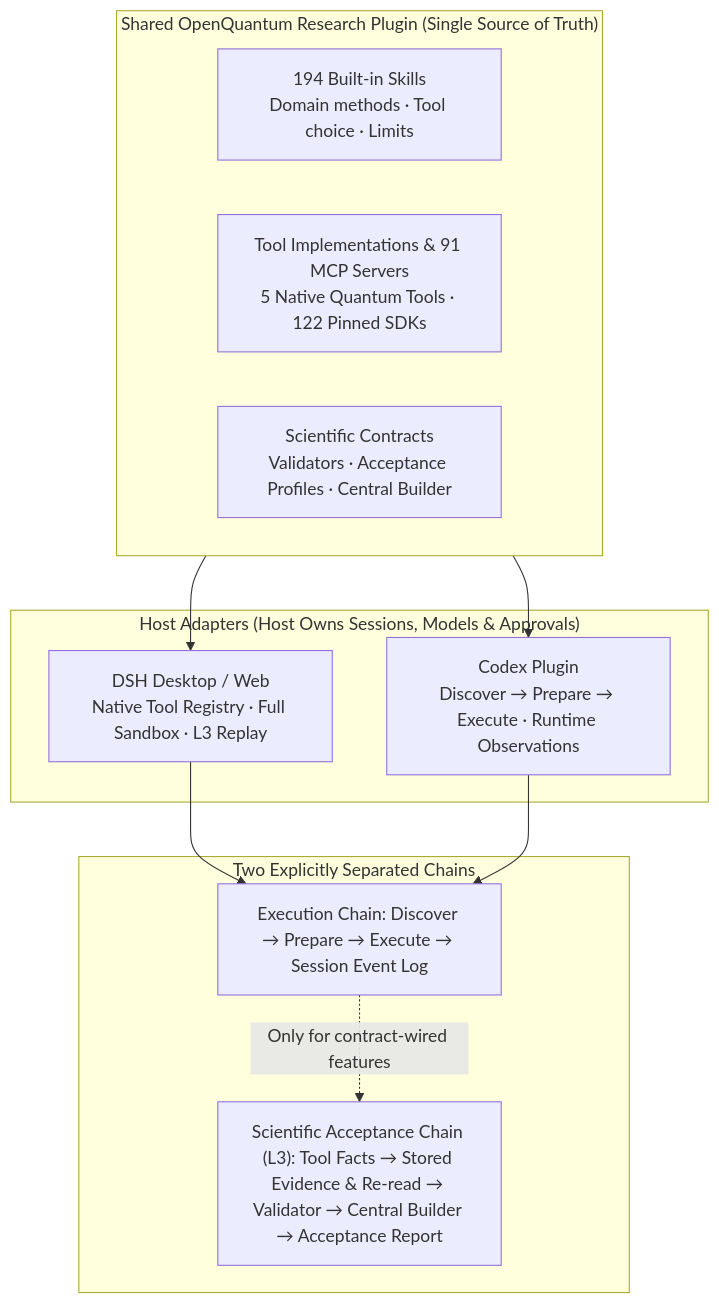
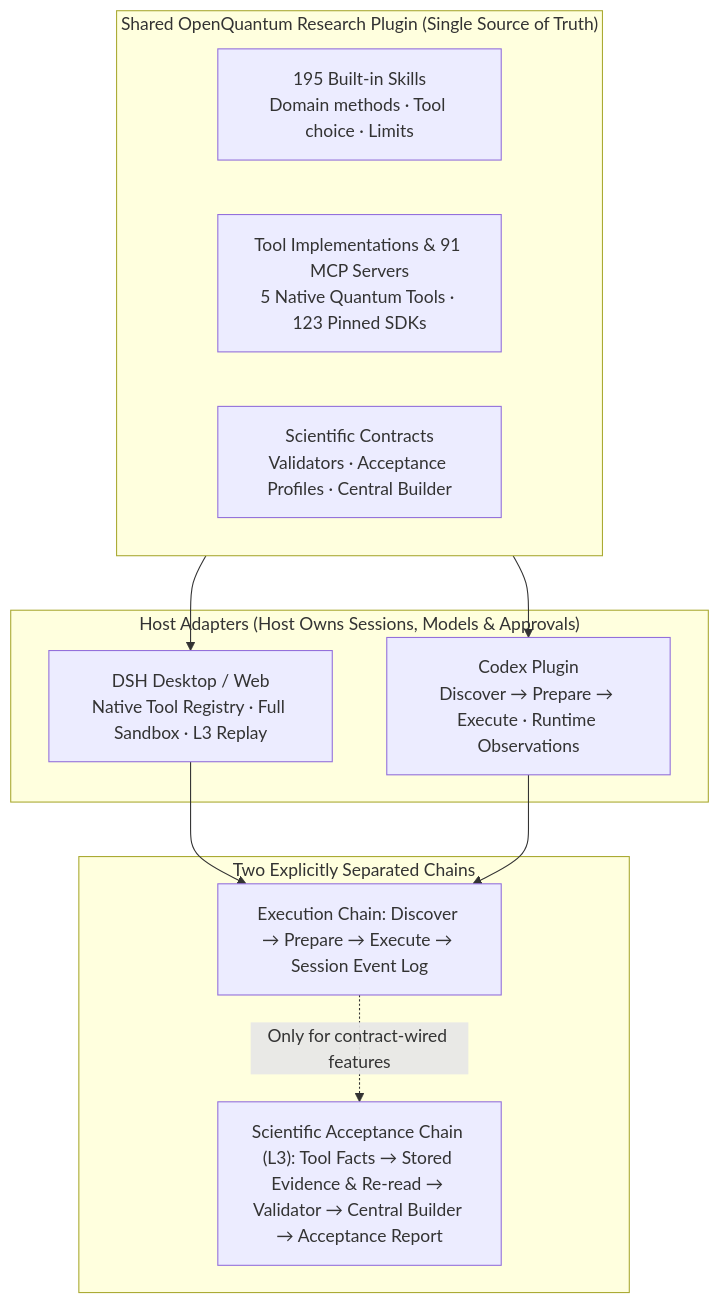
The diagram in docs/readme/README.en.md (xi-zhao/OpenQuantum), drawn with Mermaid before and after one commit. The commit also changed other lines of this file and 23 other files, not shown here.

````diff
--- a/docs/readme/README.en.md
+++ b/docs/readme/README.en.md
@@ -380,25 +381,25 @@
 ```mermaid
 flowchart TB
   subgraph Shared["Shared OpenQuantum Research Plugin (Single Source of Truth)"]
-    SK["194 Built-in Skills<br/>Domain methods · Tool choice · Limits"]
-    TI["Tool Implementations & 91 MCP Servers<br/>5 Native Quantum Tools · 122 Pinned SDKs"]
+    SK["195 Built-in Skills<br/>Domain methods · Tool choice · Limits"]
+    TI["Tool Implementations & 91 MCP Servers<br/>5 Native Quantum Tools · 123 Pinned SDKs"]
     SC["Scientific Contracts<br/>Validators · Acceptance Profiles · Central Builder"]
   end
 
   subgraph Hosts["Host Adapters (Host Owns Sessions, Models & Approvals)"]
     DSH["DSH Desktop / Web<br/>Native Tool Registry · Full Sandbox · L3 Replay"]
     CDX["Codex Plugin<br/>Discover → Prepare → Execute · Runtime Observations"]
   end
 
   Shared --> DSH
   Shared --> CDX
 
   subgraph Chains["Two Explicitly Separated Chains"]
     RUN["Execution Chain: Discover → Prepare → Execute → Session Event Log"]
     ACC["Scientific Acceptance Chain (L3): Tool Facts → Stored Evidence & Re-read → Validator → Central Builder → Acceptance Report"]
   end
 
   DSH --> RUN
   CDX --> RUN
   RUN -.->|"Only for contract-wired features"| ACC
 ```
````
